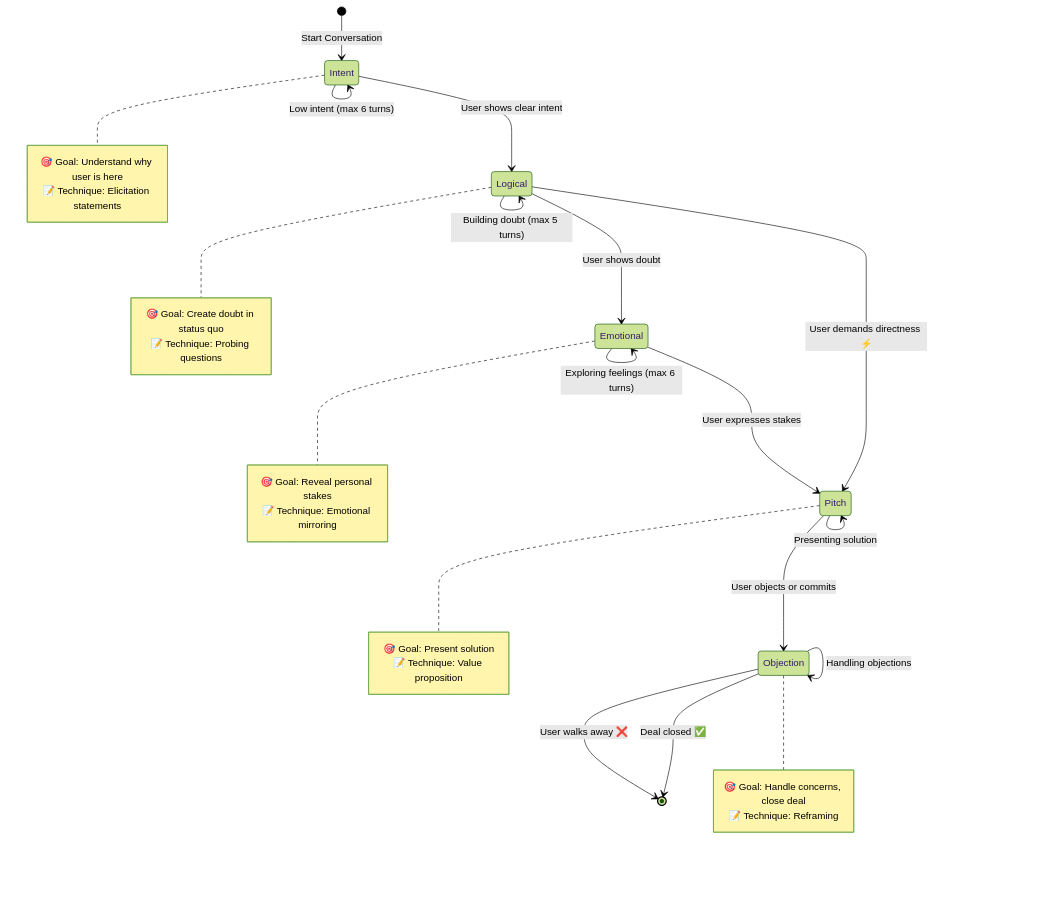
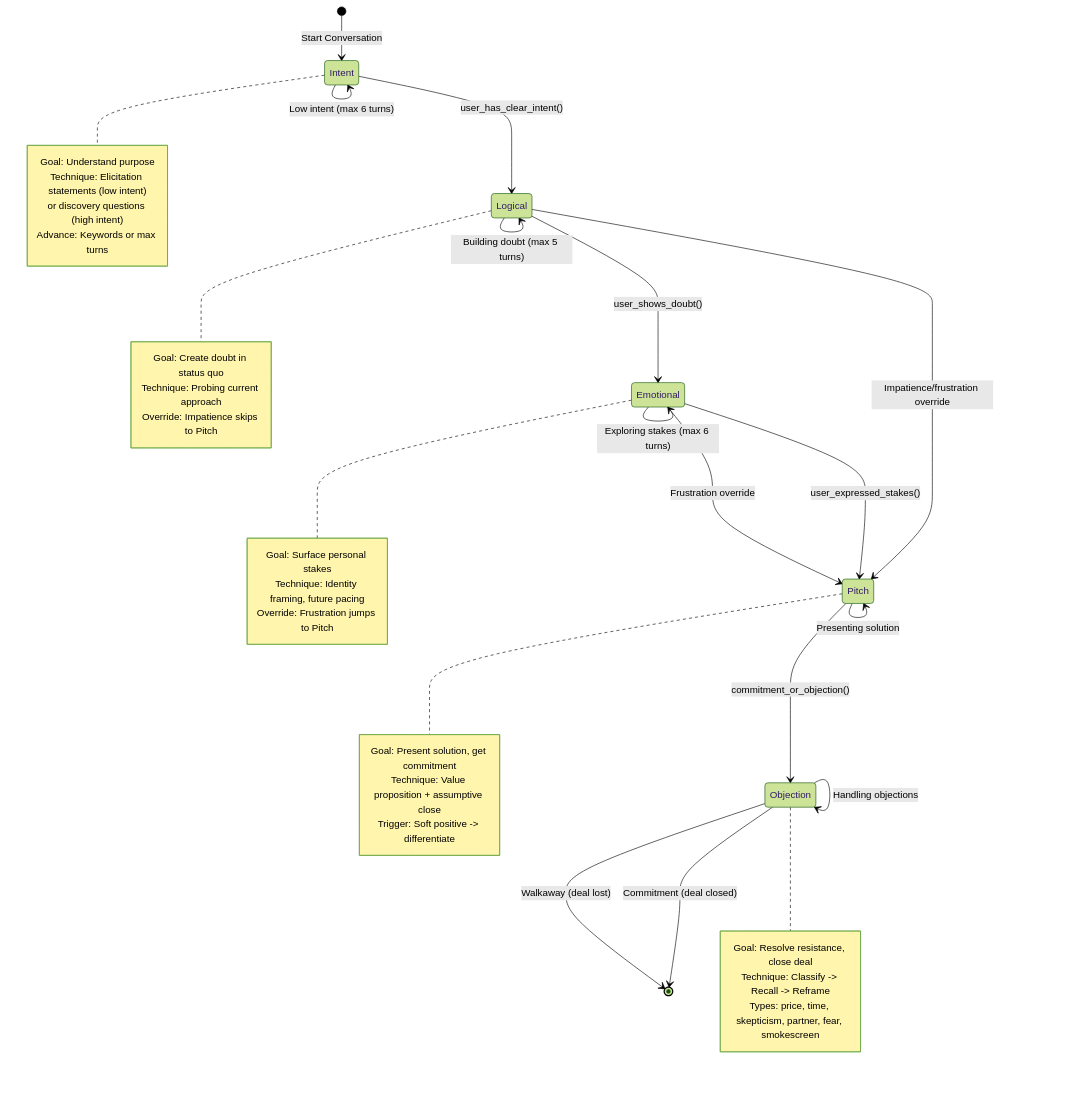
Before and after one commit to shaf-aston/FYP-sales-training-tool: the third of 34 diagrams in architecture diagrams.md, drawn with Mermaid (forest theme). The commit also changed other lines of this file and 76 other files, not shown here.

````diff
--- a/architecture diagrams.md
+++ b/architecture diagrams.md
@@ -112,46 +128,53 @@
 ```mermaid
 stateDiagram-v2
     [*] --> Intent: Start Conversation
-    
-    Intent --> Logical: User shows clear intent
+
+    Intent --> Logical: user_has_clear_intent()
     Intent --> Intent: Low intent (max 6 turns)
-    
-    Logical --> Emotional: User shows doubt
-    Logical --> Pitch: User demands directness ⚡
+
+    Logical --> Emotional: user_shows_doubt()
+    Logical --> Pitch: Impatience/frustration override
     Logical --> Logical: Building doubt (max 5 turns)
-    
-    Emotional --> Pitch: User expresses stakes
-    Emotional --> Emotional: Exploring feelings (max 6 turns)
-    
-    Pitch --> Objection: User objects or commits
+
+    Emotional --> Pitch: user_expressed_stakes()
+    Emotional --> Pitch: Frustration override
+    Emotional --> Emotional: Exploring stakes (max 6 turns)
+
+    Pitch --> Objection: commitment_or_objection()
     Pitch --> Pitch: Presenting solution
-    
-    Objection --> [*]: Deal closed ✅
-    Objection --> [*]: User walks away ❌
+
+    Objection --> [*]: Commitment (deal closed)
+    Objection --> [*]: Walkaway (deal lost)
     Objection --> Objection: Handling objections
 
     note right of Intent
-        🎯 Goal: Understand why user is here
-        📝 Technique: Elicitation statements
+        Goal: Understand purpose
+        Technique: Elicitation statements (low intent)
+        or discovery questions (high intent)
+        Advance: Keywords or max turns
     end note
 
     note right of Logical
-        🎯 Goal: Create doubt in status quo
-        📝 Technique: Probing questions
+        Goal: Create doubt in status quo
+        Technique: Probing current approach
+        Override: Impatience skips to Pitch
     end note
 
     note right of Emotional
-        🎯 Goal: Reveal personal stakes
-        📝 Technique: Emotional mirroring
+        Goal: Surface personal stakes
+        Technique: Identity framing, future pacing
+        Override: Frustration jumps to Pitch
     end note
 
     note right of Pitch
-        🎯 Goal: Present solution
-        📝 Technique: Value proposition
+        Goal: Present solution, get commitment
+        Technique: Value proposition + assumptive close
+        Trigger: Soft positive -> differentiate
     end note
 
     note right of Objection
-        🎯 Goal: Handle concerns, close deal
-        📝 Technique: Reframing
+        Goal: Resolve resistance, close deal
+        Technique: Classify -> Recall -> Reframe
+        Types: price, time, skepticism, partner, fear, smokescreen
     end note
 ```
````
